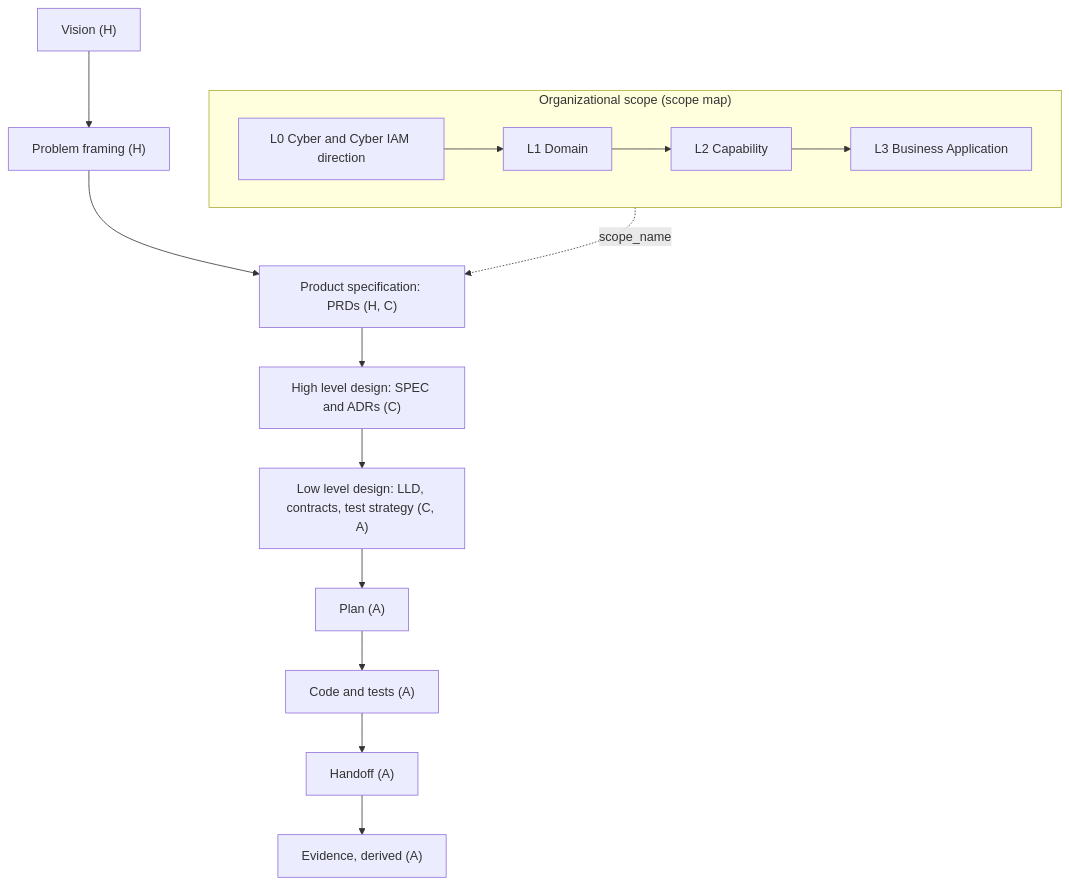
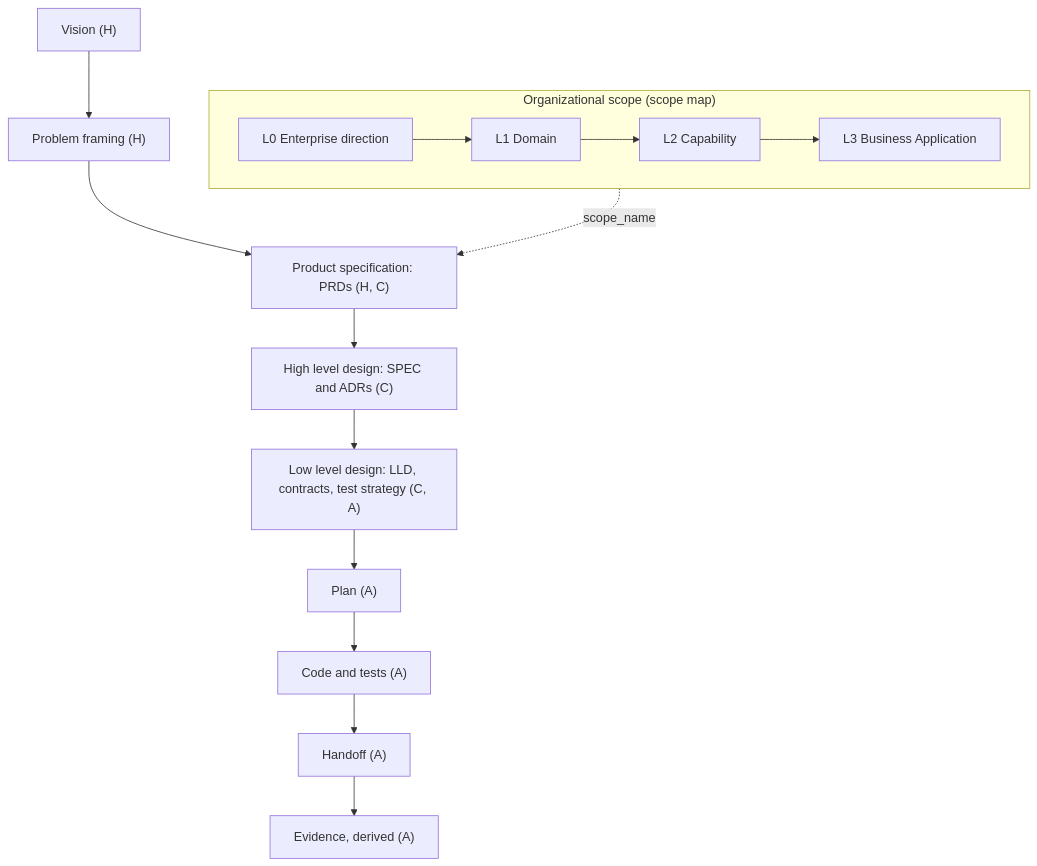
The diagram in docs/guide/framework-overview.md (kennylhilljr/sdd_framework), drawn with Mermaid before and after one commit. The commit also changed other lines of this file and 59 other files, not shown here.

First line of the commit message:
Remove Cyber and IAM references; rename the example component to tech

````diff
--- a/docs/guide/framework-overview.md
+++ b/docs/guide/framework-overview.md
@@ -31,11 +31,11 @@
 ```mermaid
 flowchart TB
     subgraph SCOPE["Organizational scope (scope map)"]
       direction LR
-      S0["L0 Cyber and Cyber IAM direction"] --> S1["L1 Domain"] --> S2["L2 Capability"] --> S3["L3 Business Application"]
+      S0["L0 Enterprise direction"] --> S1["L1 Domain"] --> S2["L2 Capability"] --> S3["L3 Business Application"]
     end
     VIS["Vision (H)"] --> PF["Problem framing (H)"] --> PS["Product specification: PRDs (H, C)"]
     PS --> HLD["High level design: SPEC and ADRs (C)"] --> LLD["Low level design: LLD, contracts, test strategy (C, A)"]
     LLD --> PL["Plan (A)"] --> CT["Code and tests (A)"] --> HO["Handoff (A)"] --> EV["Evidence, derived (A)"]
     S3 -. "scope_name" .-> PS
 ```
````
